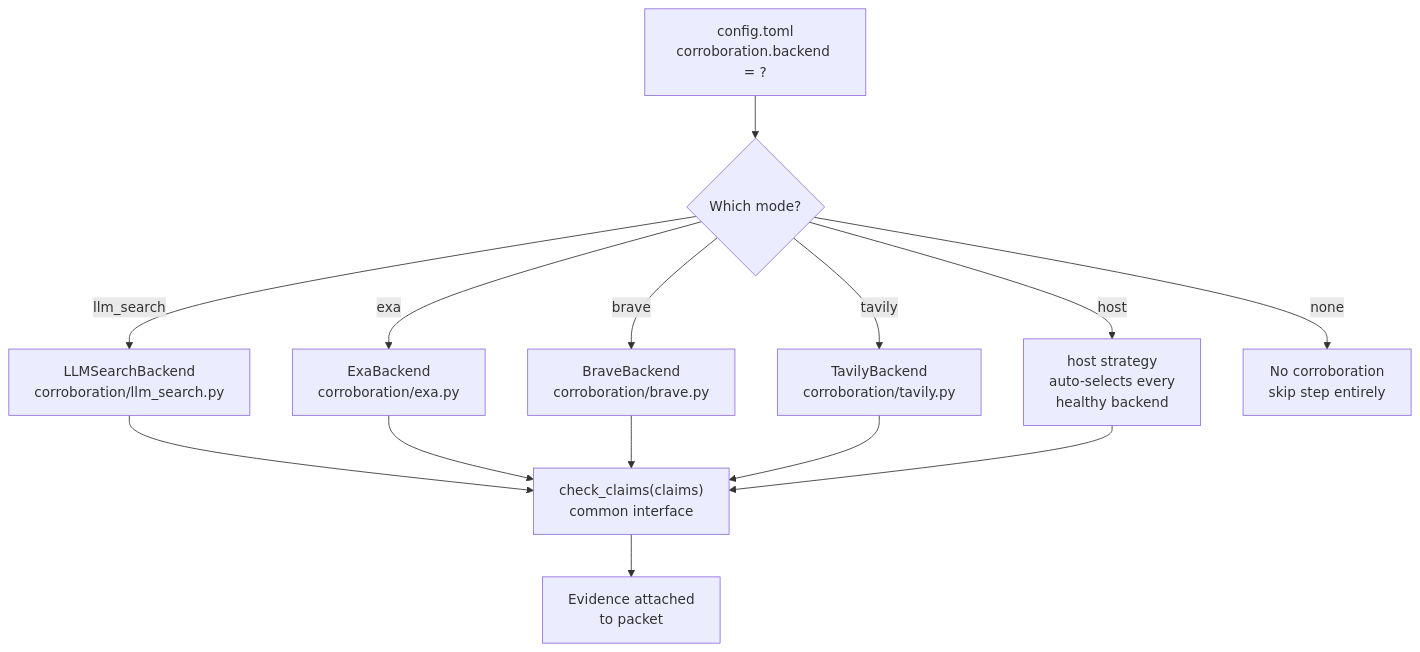
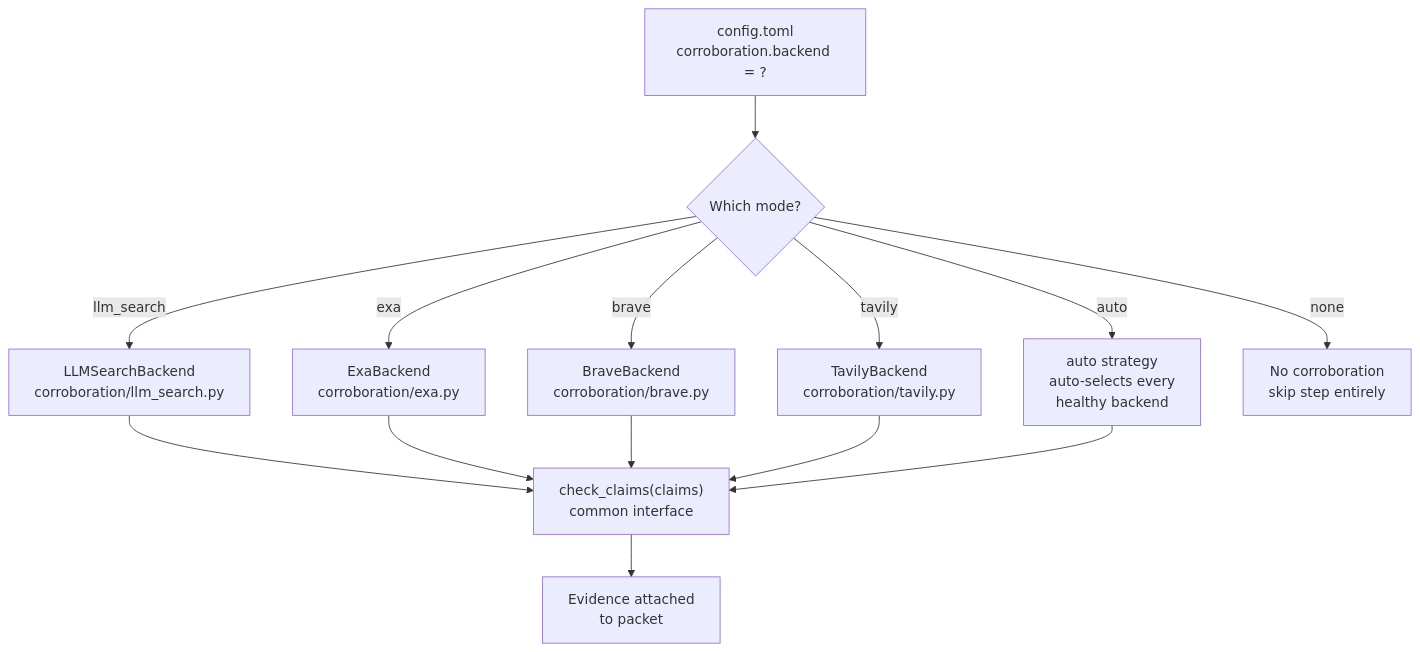
The diagram in docs/diagrams/src/dp_strategy.mmd (reshinto/social-research-probe), drawn with Mermaid before and after one commit. The commit also changed 87 other files, not shown here.

```diff
--- a/docs/diagrams/src/dp_strategy.mmd
+++ b/docs/diagrams/src/dp_strategy.mmd
@@ -1,12 +1,12 @@
 graph TD
     A["config.toml\ncorroboration.backend = ?"] --> B{Which mode?}
 
     B -->|"llm_search"| G1["LLMSearchBackend\ncorroboration/llm_search.py"]
     B -->|"exa"| C["ExaBackend\ncorroboration/exa.py"]
     B -->|"brave"| D["BraveBackend\ncorroboration/brave.py"]
     B -->|"tavily"| E["TavilyBackend\ncorroboration/tavily.py"]
-    B -->|"host"| G["host strategy\nauto-selects every\nhealthy backend"]
+    B -->|"auto"| G["auto strategy\nauto-selects every\nhealthy backend"]
     B -->|"none"| H["No corroboration\nskip step entirely"]
 
     G1 & C & D & E & G --> I["check_claims(claims)\ncommon interface"]
     I --> J["Evidence attached\nto packet"]
```
